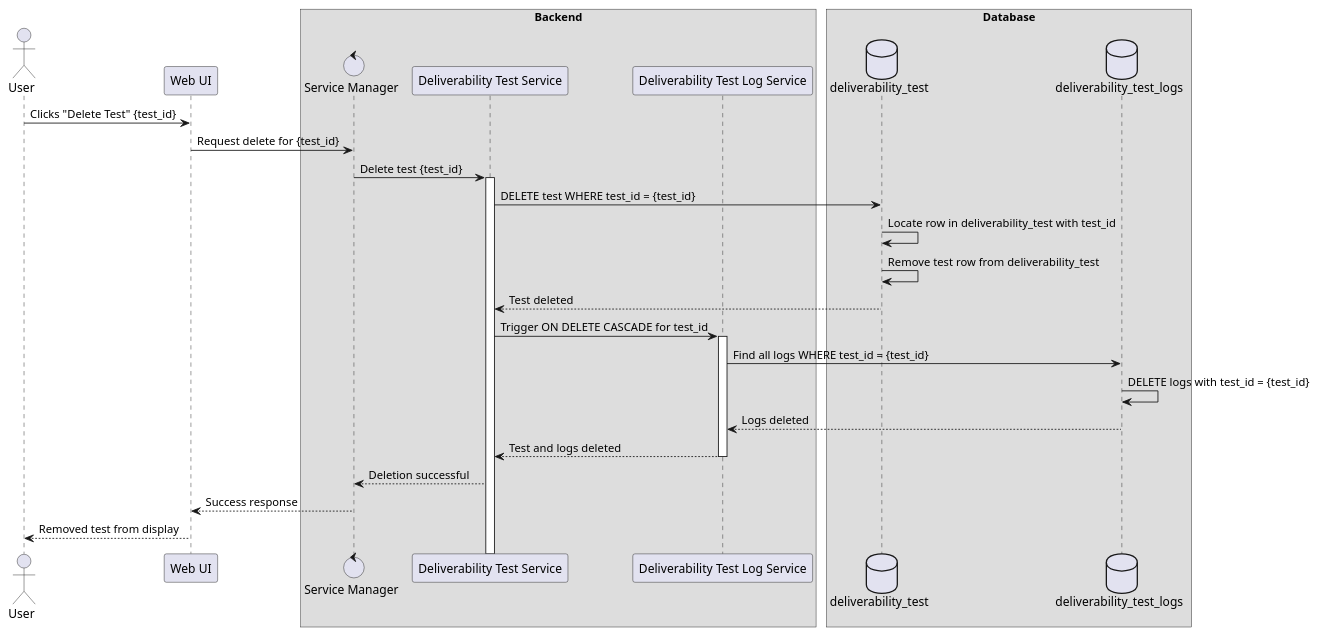
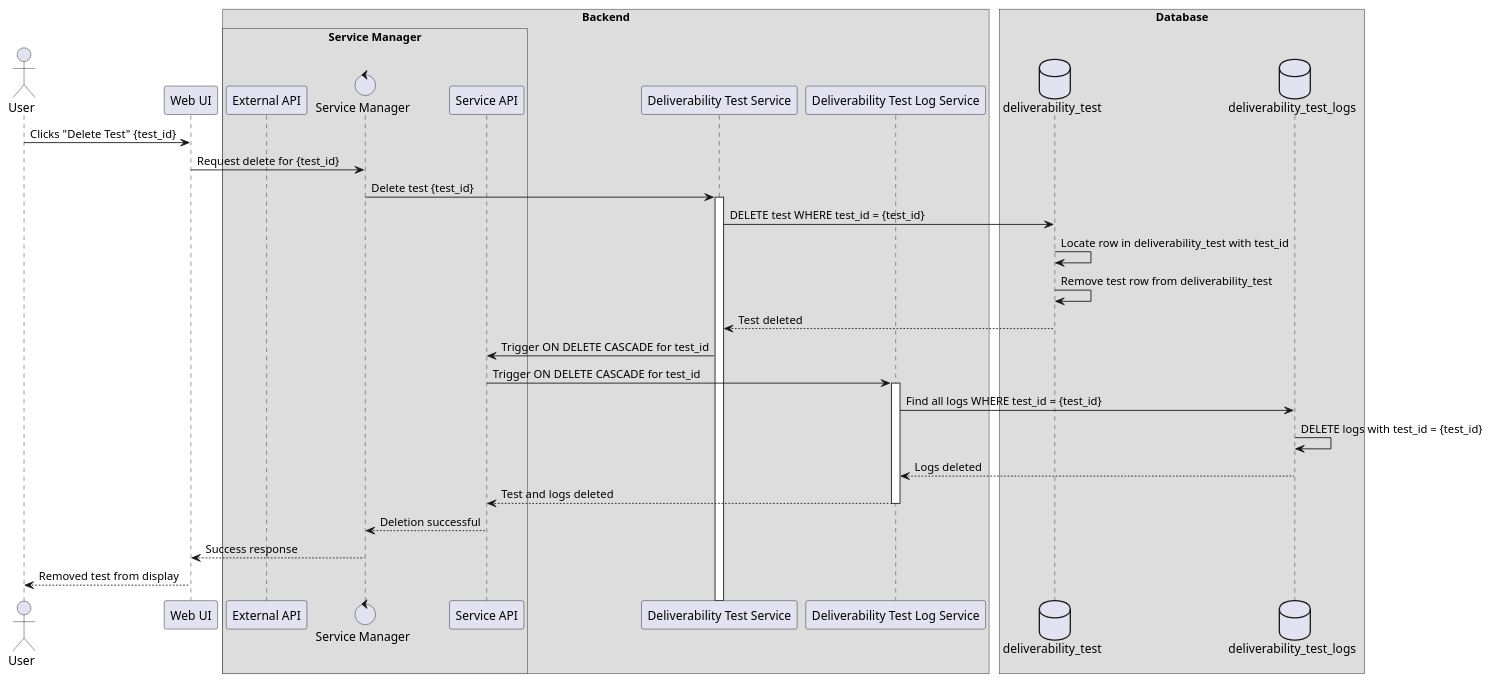
The diagram in source/sequence-diagrams/test-deletion-sequence-diagram.puml (Xyz0074/testing-diagrams), drawn with PlantUML before and after one commit.

```diff
--- a/source/sequence-diagrams/test-deletion-sequence-diagram.puml
+++ b/source/sequence-diagrams/test-deletion-sequence-diagram.puml
@@ -1,46 +1,51 @@
 @startuml
 !pragma teoz true
 
 /' Hard delete cascade flow for deliverability_test and deliverability_test_logs. '/
 
 actor User as user
 
 participant "Web UI" as web_ui
 
 box Backend
-    control "Service Manager" as service_manager
+    box Service Manager
+participant "External API" as ext
+control "Service Manager" as service_manager
+participant "Service API" as api
+end box
     participant "Deliverability Test Service" as deliverability_test
     participant "Deliverability Test Log Service" as deliverability_test_log
 end box
 
 box Database
     database "deliverability_test" as dt
     database "deliverability_test_logs" as dtl
 end box
 
 /' Step-by-step deletion flow with cascade '/
 
 user -> web_ui: Clicks "Delete Test" {test_id}
 web_ui -> service_manager: Request delete for {test_id}
 service_manager -> deliverability_test: Delete test {test_id}
 activate deliverability_test
 
 deliverability_test -> dt: DELETE test WHERE test_id = {test_id}
 
 dt -> dt: Locate row in deliverability_test with test_id
 dt -> dt: Remove test row from deliverability_test
 dt --> deliverability_test: Test deleted
 
 /' Cascade process begins '/
-deliverability_test -> deliverability_test_log: Trigger ON DELETE CASCADE for test_id
+deliverability_test -> api: Trigger ON DELETE CASCADE for test_id
+api -> deliverability_test_log: Trigger ON DELETE CASCADE for test_id
 activate deliverability_test_log
 deliverability_test_log -> dtl: Find all logs WHERE test_id = {test_id}
 dtl -> dtl: DELETE logs with test_id = {test_id}
 dtl --> deliverability_test_log: Logs deleted
-deliverability_test_log --> deliverability_test: Test and logs deleted
+deliverability_test_log --> api: Test and logs deleted
 deactivate deliverability_test_log
 
-deliverability_test --> service_manager: Deletion successful
+api --> service_manager: Deletion successful
 service_manager --> web_ui: Success response
 web_ui --> user: Removed test from display
 @enduml
```
